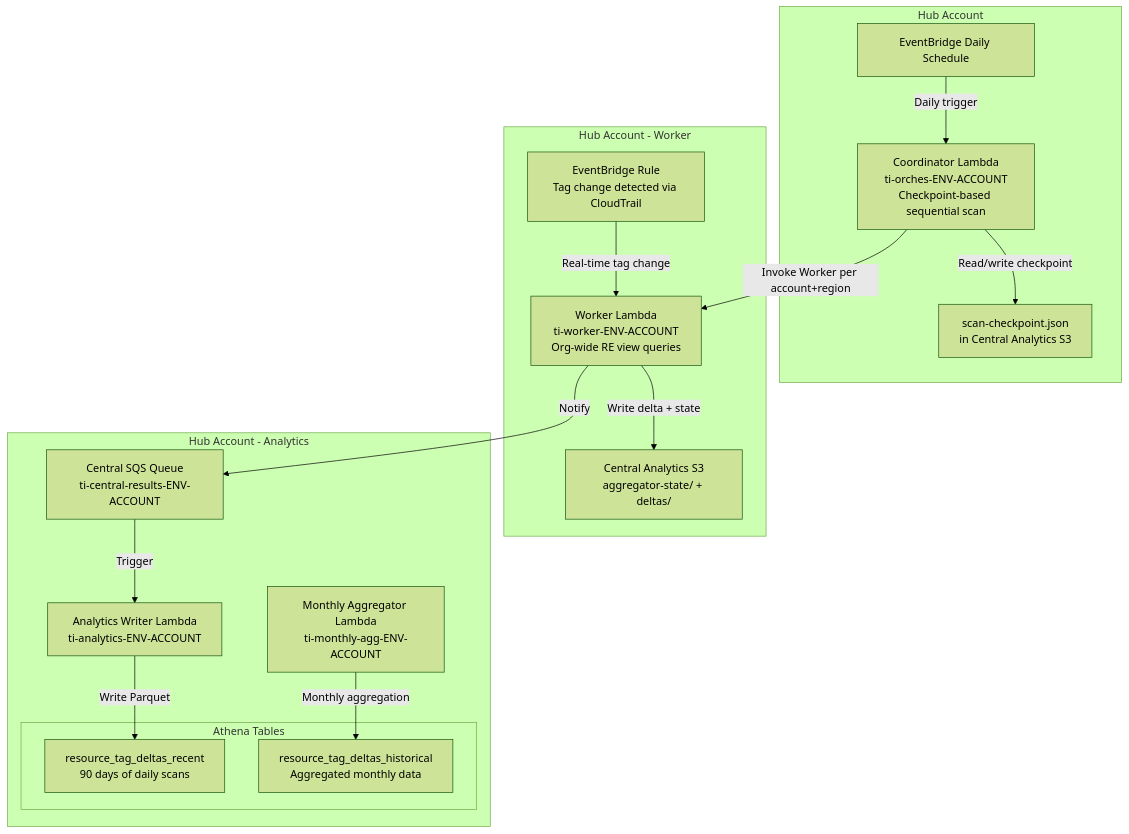
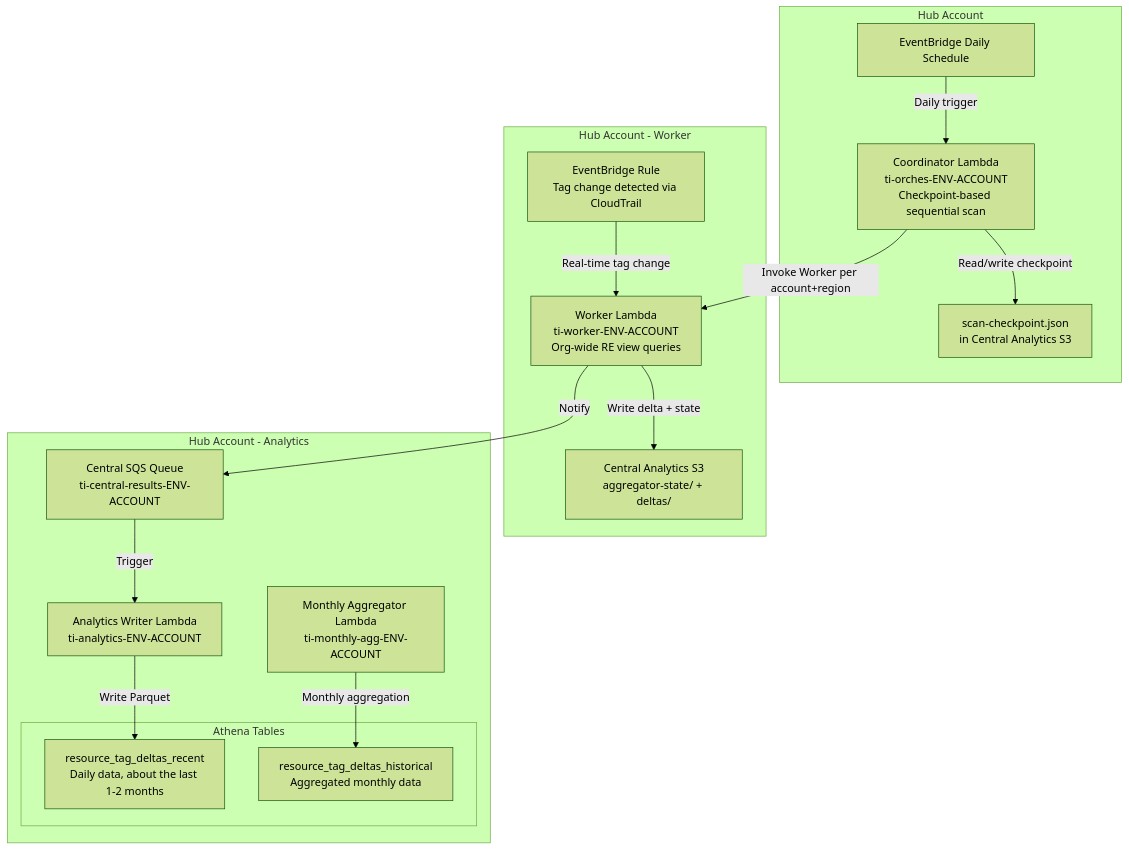
One commit to aws-samples/sample-multi-account-tag-governance-insights changed the second of 4 diagrams in docs/ORCHESTRATION.md. Above: the diagram before and after it, drawn with Mermaid (forest theme). The commit also changed other lines of this file and 86 other files, not shown here.

````diff
--- a/docs/ORCHESTRATION.md
+++ b/docs/ORCHESTRATION.md
@@ -49,34 +49,34 @@
 ```mermaid
 flowchart TD
     subgraph HubAccount["Hub Account"]
         EB_SCHED[EventBridge Daily Schedule]
         CO[Coordinator Lambda\nti-orches-ENV-ACCOUNT\nCheckpoint-based sequential scan]
         CKPT[scan-checkpoint.json\nin Central Analytics S3]
     end
 
     subgraph Worker["Hub Account - Worker"]
         EB_TAG[EventBridge Rule\nTag change detected via CloudTrail]
         WK[Worker Lambda\nti-worker-ENV-ACCOUNT\nOrg-wide RE view queries]
         S3_STATE[Central Analytics S3\naggregator-state/ + deltas/]
     end
 
     subgraph HubAnalytics["Hub Account - Analytics"]
         SQS[Central SQS Queue\nti-central-results-ENV-ACCOUNT]
         AW[Analytics Writer Lambda\nti-analytics-ENV-ACCOUNT]
         MA[Monthly Aggregator Lambda\nti-monthly-agg-ENV-ACCOUNT]
         subgraph Athena["Athena Tables"]
-            T1[resource_tag_deltas_recent\n90 days of daily scans]
+            T1[resource_tag_deltas_recent\nDaily data, about the last 1-2 months]
             T2[resource_tag_deltas_historical\nAggregated monthly data]
         end
     end
 
     EB_SCHED -->|Daily trigger| CO
     CO -->|Read/write checkpoint| CKPT
     CO -->|Invoke Worker per account+region| WK
     EB_TAG -->|Real-time tag change| WK
     WK -->|Write delta + state| S3_STATE
     WK -->|Notify| SQS
     SQS -->|Trigger| AW
     AW -->|Write Parquet| T1
     MA -->|Monthly aggregation| T2
 ```
````
